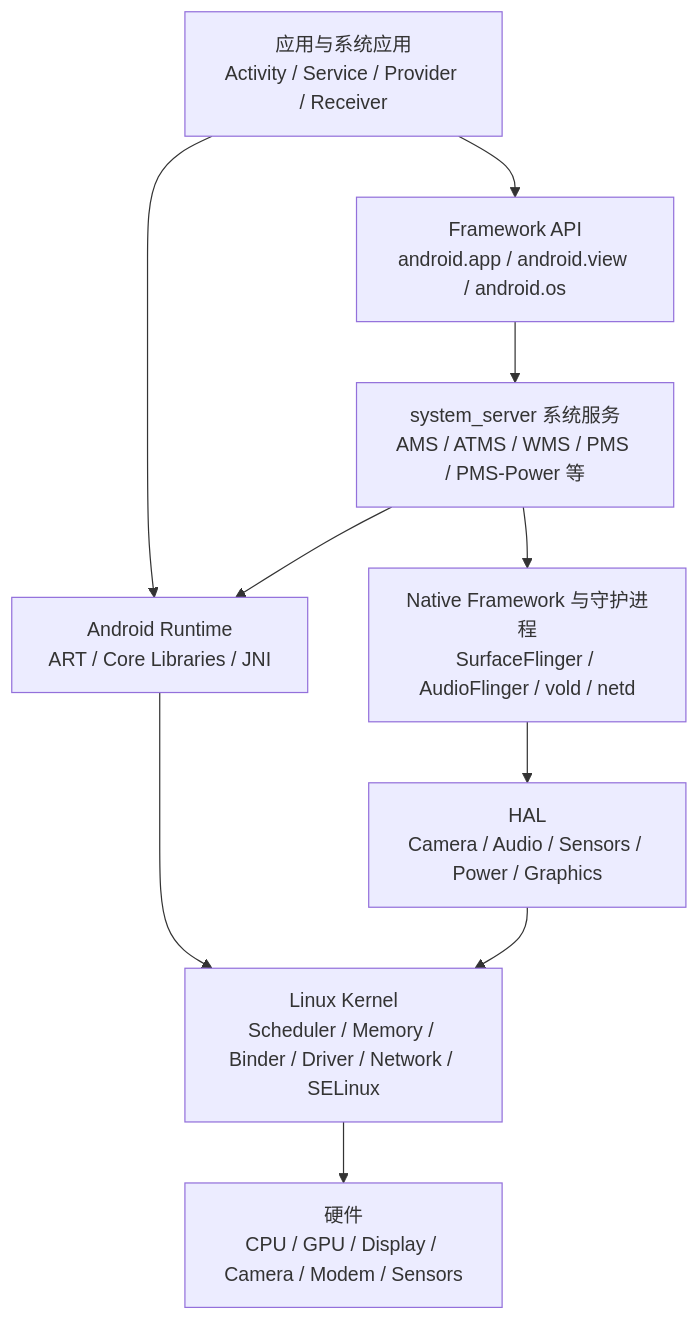
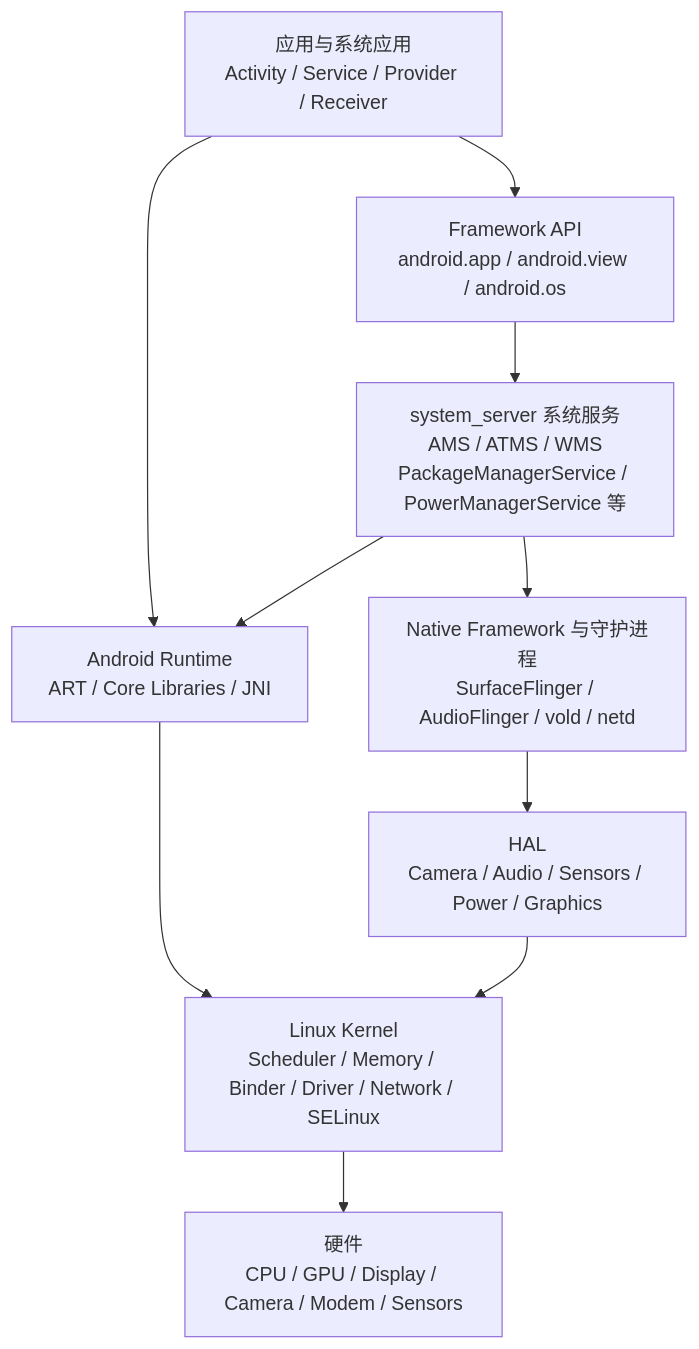
The first of 26 diagrams in blog/Android.md (Fizgrad/fizgrad.github.io), drawn with Mermaid before and after one commit. The commit also changed other lines of this file and 4 other files, not shown here.

````diff
--- a/blog/Android.md
+++ b/blog/Android.md
@@ -5,21 +5,21 @@
 ```mermaid
 flowchart TB
     A[应用与系统应用<br/>Activity / Service / Provider / Receiver]
     B[Framework API<br/>android.app / android.view / android.os]
-    C[system_server 系统服务<br/>AMS / ATMS / WMS / PMS / PMS-Power 等]
+    C[system_server 系统服务<br/>AMS / ATMS / WMS<br/>PackageManagerService / PowerManagerService 等]
     D[Native Framework 与守护进程<br/>SurfaceFlinger / AudioFlinger / vold / netd]
     E[Android Runtime<br/>ART / Core Libraries / JNI]
     F[HAL<br/>Camera / Audio / Sensors / Power / Graphics]
     G[Linux Kernel<br/>Scheduler / Memory / Binder / Driver / Network / SELinux]
     H[硬件<br/>CPU / GPU / Display / Camera / Modem / Sensors]
 
     A --> B
     B --> C
     A --> E
     C --> D
     C --> E
     D --> F
     E --> G
     F --> G
     G --> H
 ```
````
